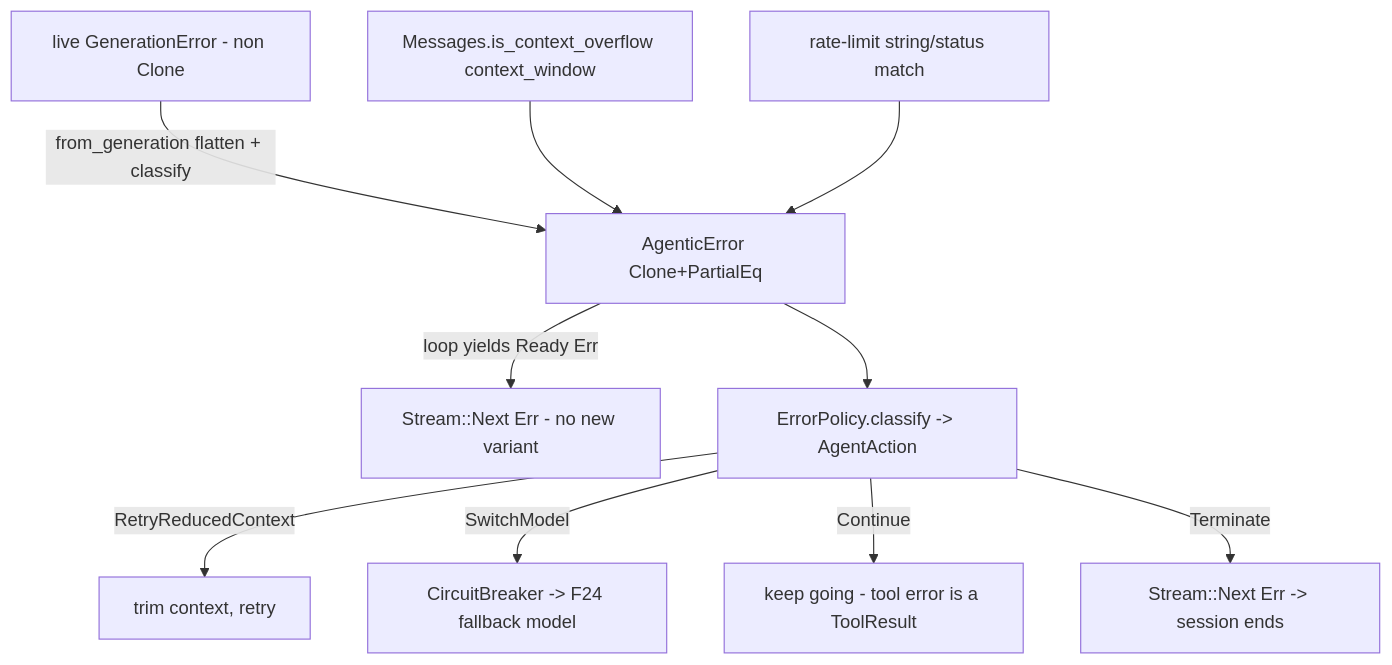
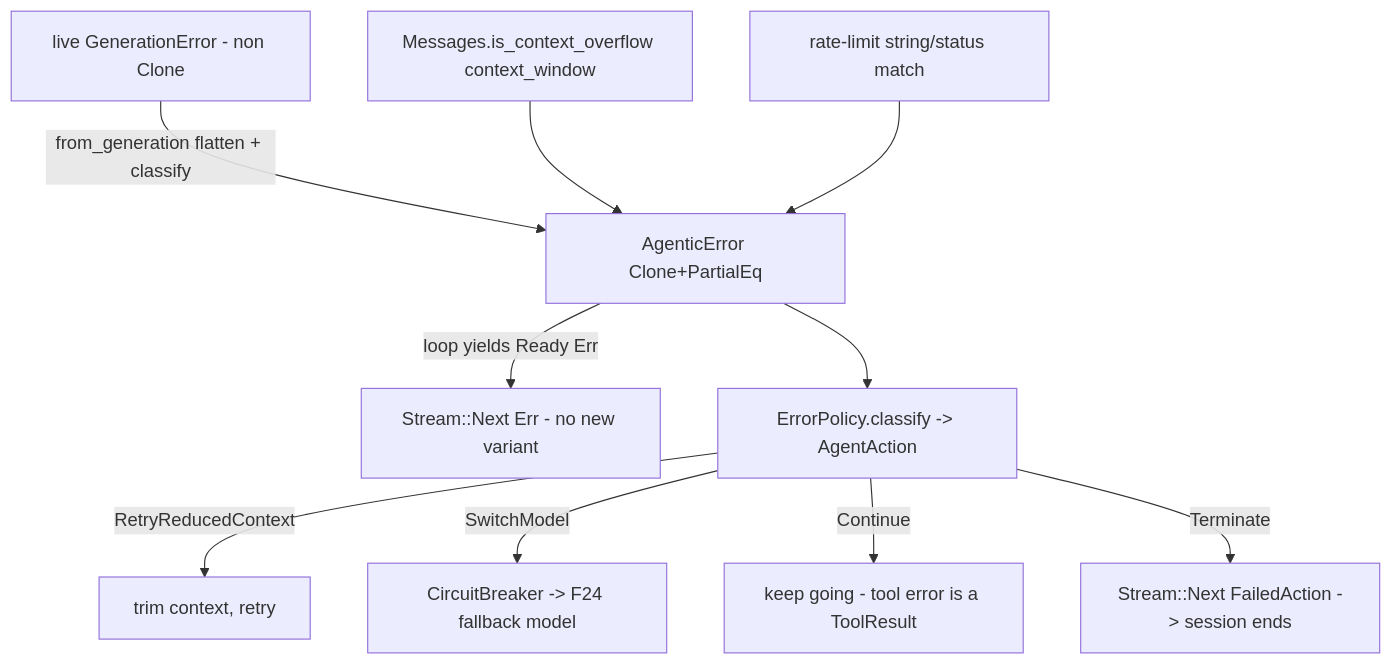
The diagram in specifications/36-agentic-api/features/30-error-handling/feature.md (ewe-studios/ewe_platform), drawn with Mermaid before and after one commit. The commit also changed other lines of this file and 35 other files, not shown here.

````diff
--- a/specifications/36-agentic-api/features/30-error-handling/feature.md
+++ b/specifications/36-agentic-api/features/30-error-handling/feature.md
@@ -151,12 +167,12 @@
 ```mermaid
 graph TD
     GE[live GenerationError - non Clone] -->|from_generation flatten + classify| AE[AgenticError Clone+PartialEq]
     OVF[Messages.is_context_overflow context_window] --> AE
     RL[rate-limit string/status match] --> AE
     AE -->|loop yields Ready Err| NX[Stream::Next Err - no new variant]
     AE --> POL[ErrorPolicy.classify -> AgentAction]
     POL -->|RetryReducedContext| TRIM[trim context, retry]
     POL -->|SwitchModel| CB[CircuitBreaker -> F24 fallback model]
     POL -->|Continue| LOOP[keep going - tool error is a ToolResult]
-    POL -->|Terminate| END[Stream::Next Err -> session ends]
+    POL -->|Terminate| END[Stream::Next FailedAction -> session ends]
 ```
````
